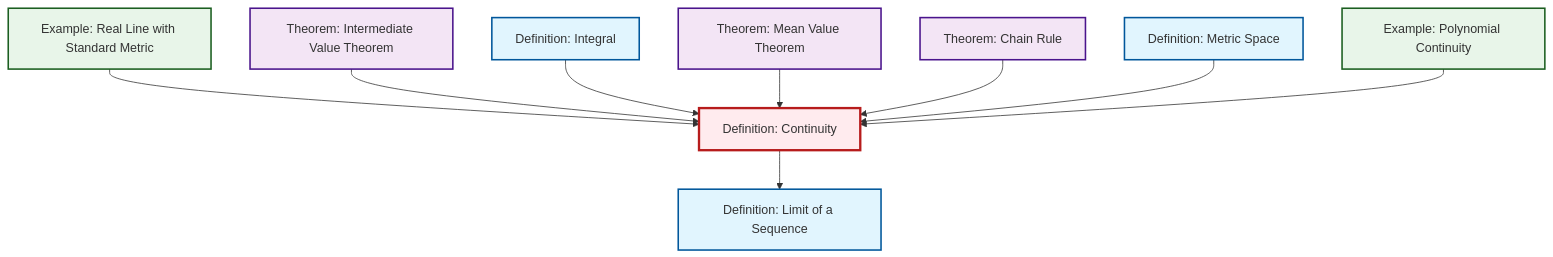
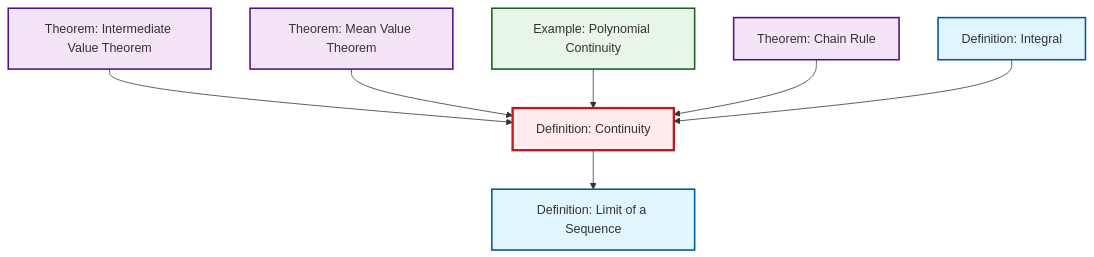
One commit to RK0429/ModernMath changed the diagram in content/en/analysis/def-continuity.qmd. Above: the diagram before and after it, drawn with Mermaid. The commit also changed 511 other files, not shown here.

````diff
--- a/content/en/analysis/def-continuity.qmd
+++ b/content/en/analysis/def-continuity.qmd
@@ -57,36 +57,23 @@
 ```{mermaid}
 %%| fig-cap: "Local dependency graph"
 graph TD
     classDef definition fill:#e1f5fe,stroke:#01579b,stroke-width:2px
     classDef theorem fill:#f3e5f5,stroke:#4a148c,stroke-width:2px
     classDef axiom fill:#fff3e0,stroke:#e65100,stroke-width:2px
     classDef example fill:#e8f5e9,stroke:#1b5e20,stroke-width:2px
     classDef current fill:#ffebee,stroke:#b71c1c,stroke-width:3px
+    def-limit["Definition: Limit of a Sequence"]:::definition
+    def-integral["Definition: Integral"]:::definition
+    def-continuity["Definition: Continuity"]:::definition
+    thm-intermediate-value["Theorem: Intermediate Value Theorem"]:::theorem
     thm-chain-rule["Theorem: Chain Rule"]:::theorem
-    def-continuity["Definition: Continuity"]:::definition
+    thm-mean-value["Theorem: Mean Value Theorem"]:::theorem
     ex-polynomial-continuity["Example: Polynomial Continuity"]:::example
-    def-limit["Definition: Limit of a Sequence"]:::definition
-    thm-mean-value["Theorem: Mean Value Theorem"]:::theorem
-    ex-real-line-metric["Example: Real Line with Standard Metric"]:::example
-    def-metric-space["Definition: Metric Space"]:::definition
-    def-integral["Definition: Integral"]:::definition
-    thm-intermediate-value["Theorem: Intermediate Value Theorem"]:::theorem
+    thm-intermediate-value --> def-continuity
+    thm-mean-value --> def-continuity
     def-continuity --> def-limit
-    ex-real-line-metric --> def-continuity
-    thm-intermediate-value --> def-continuity
+    ex-polynomial-continuity --> def-continuity
+    thm-chain-rule --> def-continuity
     def-integral --> def-continuity
-    thm-mean-value --> def-continuity
-    thm-chain-rule --> def-continuity
-    def-metric-space --> def-continuity
-    ex-polynomial-continuity --> def-continuity
     class def-continuity current
-
-    click thm-chain-rule "thm-chain-rule.html" "Go to Chain Rule theorem"
-    click ex-polynomial-continuity "ex-polynomial-continuity.html" "Go to Polynomial Continuity example"
-    click def-limit "def-limit.html" "Go to Limit of a Sequence definition"
-    click thm-mean-value "thm-mean-value.html" "Go to Mean Value Theorem theorem"
-    click ex-real-line-metric "ex-real-line-metric.html" "Go to Real Line with Standard Metric example"
-    click def-metric-space "def-metric-space.html" "Go to Metric Space definition"
-    click def-integral "def-integral.html" "Go to Integral definition"
-    click thm-intermediate-value "thm-intermediate-value.html" "Go to Intermediate Value Theorem theorem"
 ```
````
